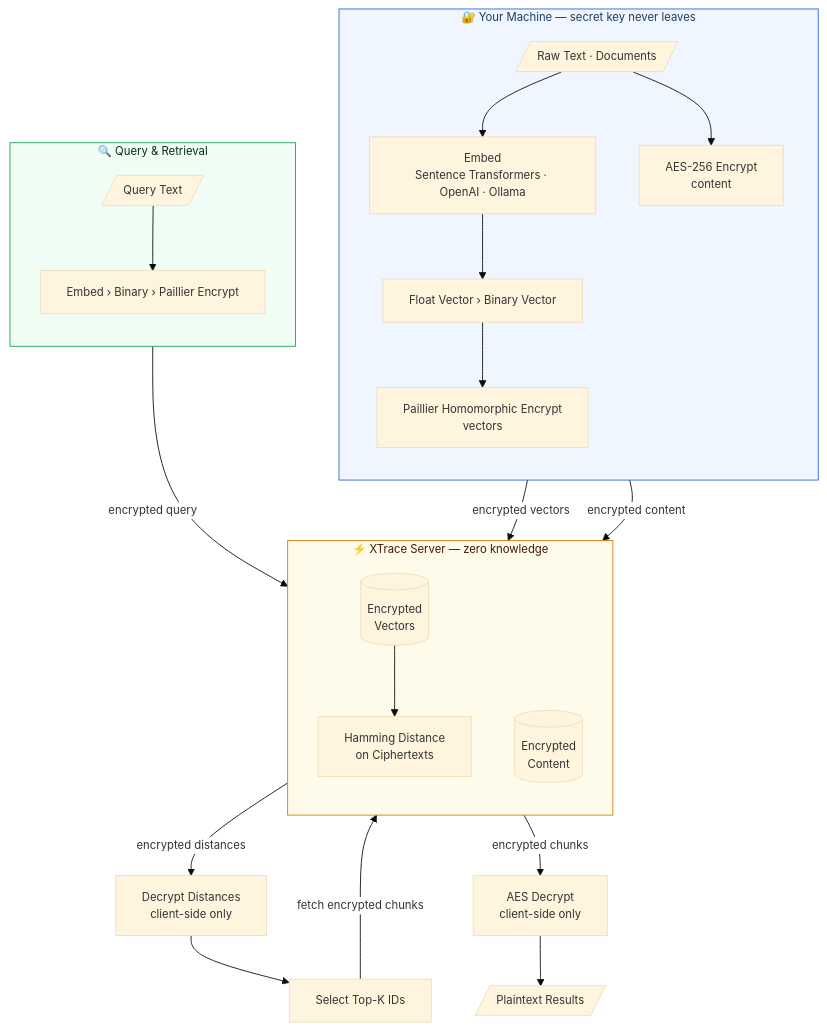
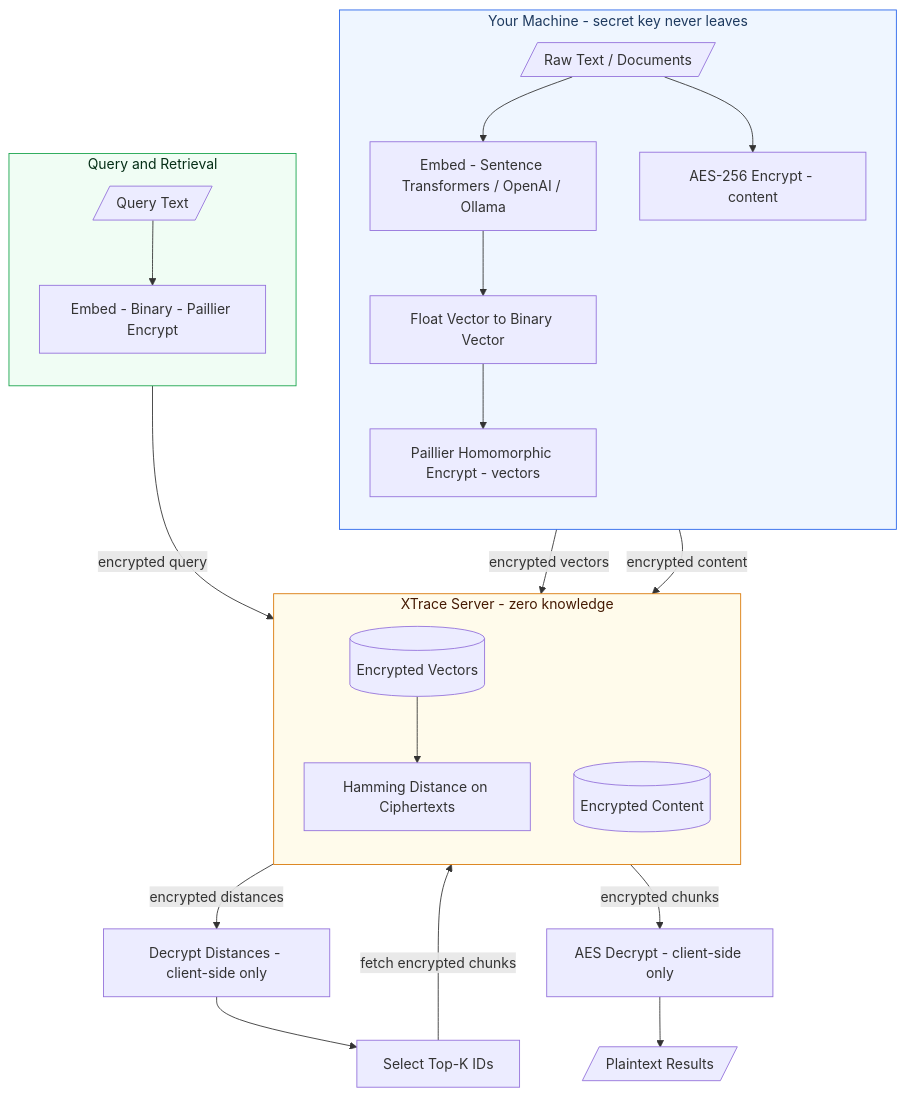
One commit to XTraceAI/xtrace-sdk changed the diagram in README.md. Above: the diagram before and after it, drawn with Mermaid.

Commit message:
chart format change

````diff
--- a/README.md
+++ b/README.md
@@ -53,49 +53,47 @@
 ```mermaid
-%%{init: {"theme": "base", "themeVariables": {"fontFamily": "ui-monospace, SFMono-Regular, monospace", "fontSize": "13px", "edgeLabelBackground": "#ffffff"}}}%%
 flowchart TB
-
-    subgraph client ["🔐  Your Machine  —  secret key never leaves"]
+    subgraph client ["Your Machine - secret key never leaves"]
         direction TB
-        in1[/"Raw Text · Documents"/]
-        emb["Embed\nSentence Transformers · OpenAI · Ollama"]
-        bin["Float Vector  ›  Binary Vector"]
-        enc_v["Paillier Homomorphic Encrypt\nvectors"]
-        enc_c["AES-256 Encrypt\ncontent"]
+        in1[/"Raw Text / Documents"/]
+        emb["Embed - Sentence Transformers / OpenAI / Ollama"]
+        bin["Float Vector to Binary Vector"]
+        enc_v["Paillier Homomorphic Encrypt - vectors"]
+        enc_c["AES-256 Encrypt - content"]
 
         in1 --> emb --> bin --> enc_v
         in1 --> enc_c
     end
 
-    subgraph server ["⚡  XTrace Server  —  zero knowledge"]
+    subgraph server ["XTrace Server - zero knowledge"]
         direction TB
-        store_v[("Encrypted\nVectors")]
-        store_c[("Encrypted\nContent")]
-        hamming["Hamming Distance\non Ciphertexts"]
+        store_v[("Encrypted Vectors")]
+        store_c[("Encrypted Content")]
+        hamming["Hamming Distance on Ciphertexts"]
 
         store_v --> hamming
     end
 
-    subgraph qflow ["🔍  Query & Retrieval"]
+    subgraph qflow ["Query and Retrieval"]
         direction TB
         q_in[/"Query Text"/]
-        q_enc["Embed  ›  Binary  ›  Paillier Encrypt"]
+        q_enc["Embed - Binary - Paillier Encrypt"]
 
         q_in --> q_enc
     end
 
-    enc_v  -- "encrypted vectors"  --> store_v
-    enc_c  -- "encrypted content"  --> store_c
-    q_enc  -- "encrypted query"    --> hamming
+    enc_v -- "encrypted vectors" --> store_v
+    enc_c -- "encrypted content" --> store_c
+    q_enc -- "encrypted query" --> hamming
     hamming -- "encrypted distances" --> q_dec
 
-    q_dec["Decrypt Distances\nclient-side only"]
+    q_dec["Decrypt Distances - client-side only"]
     q_dec --> topk["Select Top-K IDs"]
-    topk  -- "fetch encrypted chunks" --> store_c
-    store_c -- "encrypted chunks"  --> aes_dec
-    aes_dec["AES Decrypt\nclient-side only"]
+    topk -- "fetch encrypted chunks" --> store_c
+    store_c -- "encrypted chunks" --> aes_dec
+    aes_dec["AES Decrypt - client-side only"]
     aes_dec --> result[/"Plaintext Results"/]
 
-    style client  fill:#eff6ff,stroke:#2563eb,color:#1e3a5f
-    style server  fill:#fffbeb,stroke:#d97706,color:#451a03
-    style qflow   fill:#f0fdf4,stroke:#16a34a,color:#052e16
+    style client fill:#eff6ff,stroke:#2563eb,color:#1e3a5f
+    style server fill:#fffbeb,stroke:#d97706,color:#451a03
+    style qflow fill:#f0fdf4,stroke:#16a34a,color:#052e16
 ```
````
